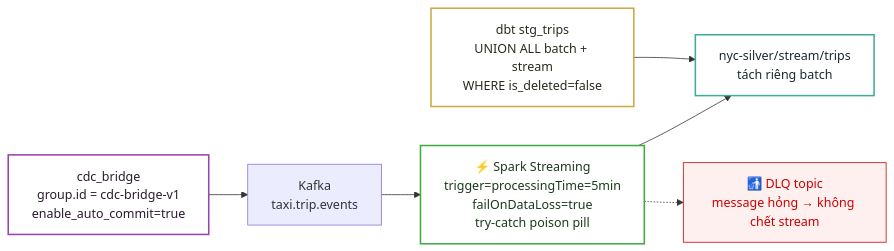
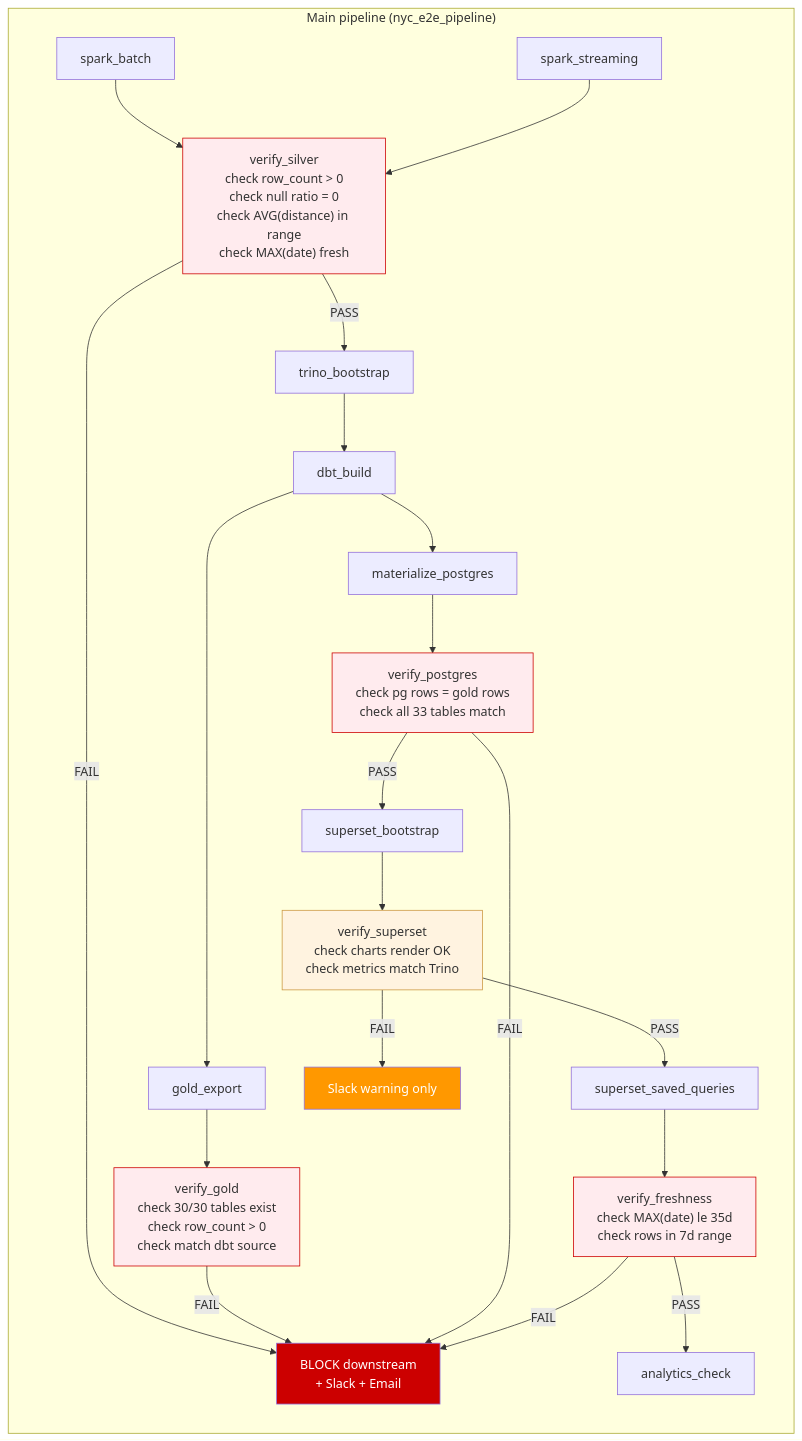
One commit to DawieMalmsteel/nyc_new changed diagram 17 of 19 in README.md. Above: the diagram before and after it, drawn with Mermaid. The commit also changed other lines of this file and 1 other file, not shown here.

````diff
--- a/README.md
+++ b/README.md
@@ -317,15 +1309,29 @@
 ```mermaid
-%%{init: {'theme': 'default', 'themeVariables': {'background': '#ffffff'}}}%%
 flowchart LR
-    KAFKA_IN["Kafka<br/>taxi.trip.events"] --> SS["⚡ Spark Streaming<br/>trigger=processingTime=5min<br/>failOnDataLoss=true<br/>try-catch poison pill"]
-    SS --> SILVER_S["nyc-silver/stream/trips<br/>tách riêng batch"]
-    SS -.-> DLQ3["🚮 DLQ topic<br/>message hỏng → không chết stream"]
-    BRIDGE["cdc_bridge<br/>group.id = cdc-bridge-v1<br/>enable_auto_commit=true"] --> KAFKA_IN
-    STG["dbt stg_trips<br/>UNION ALL batch + stream<br/>WHERE is_deleted=false"] --> SILVER_S
+    subgraph PIPELINE["Main pipeline (nyc_e2e_pipeline)"]
+        BATCH["spark_batch"] --> V1
+        STREAM["spark_streaming"] --> V1
+        V1["verify_silver<br/>check row_count > 0<br/>check null ratio = 0<br/>check AVG(distance) in range<br/>check MAX(date) fresh"] -->|PASS| TB["trino_bootstrap"]
+        V1 -->|FAIL| BLOCK["BLOCK downstream<br/>+ Slack + Email"]
+        TB --> DBT["dbt_build"]
+        DBT --> GE["gold_export"] --> V2["verify_gold<br/>check 30/30 tables exist<br/>check row_count > 0<br/>check match dbt source"]
+        V2 -->|FAIL| BLOCK
+        DBT --> MP["materialize_postgres"] --> V3["verify_postgres<br/>check pg rows = gold rows<br/>check all 33 tables match"]
+        V3 -->|PASS| SUP["superset_bootstrap"]
+        V3 -->|FAIL| BLOCK
+        SUP --> V4["verify_superset<br/>check charts render OK<br/>check metrics match Trino"]
+        V4 -->|PASS| SSQ["superset_saved_queries"]
+        V4 -->|FAIL| SLACK["Slack warning only"]
+        SSQ --> V5["verify_freshness<br/>check MAX(date) le 35d<br/>check rows in 7d range"]
+        V5 -->|PASS| AC["analytics_check"]
+        V5 -->|FAIL| BLOCK
+    end
 
-    style SS fill:#fff,stroke:#4a4,stroke-width:2px,color:#1a3a1a
-    style SILVER_S fill:#fff,stroke:#4a9,stroke-width:2px,color:#1a2a2e
-    style BRIDGE fill:#fff,stroke:#94a,stroke-width:2px,color:#2a1a2e
-    style DLQ3 fill:#fff0f0,stroke:#c00,stroke-width:1px,color:#c00
-    style STG fill:#fff,stroke:#ca4,stroke-width:2px,color:#2a2a1e
+    style V1 fill:#ffebee,stroke:#c00
+    style V2 fill:#ffebee,stroke:#c00
+    style V3 fill:#ffebee,stroke:#c00
+    style V4 fill:#fff3e0,stroke:#c94
+    style V5 fill:#ffebee,stroke:#c00
+    style BLOCK fill:#c00,color:#fff
+    style SLACK fill:#ff9800,color:#fff
 ```
````
